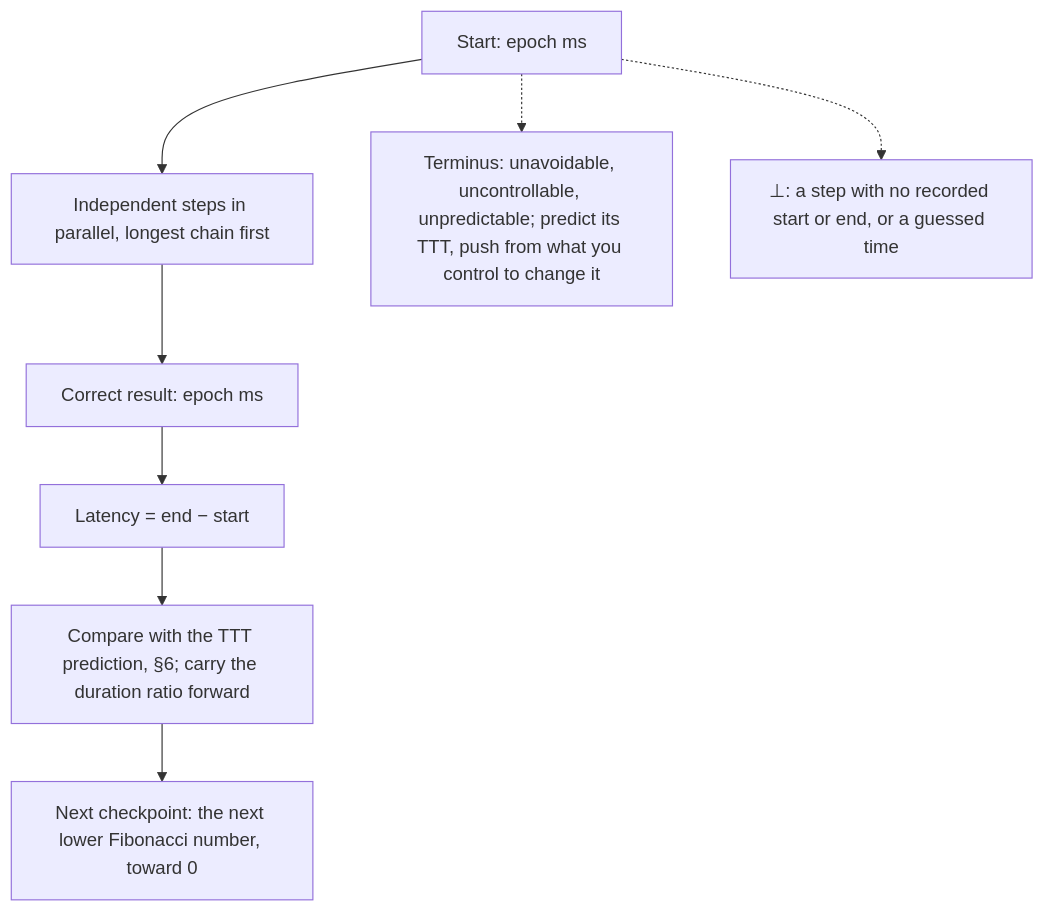
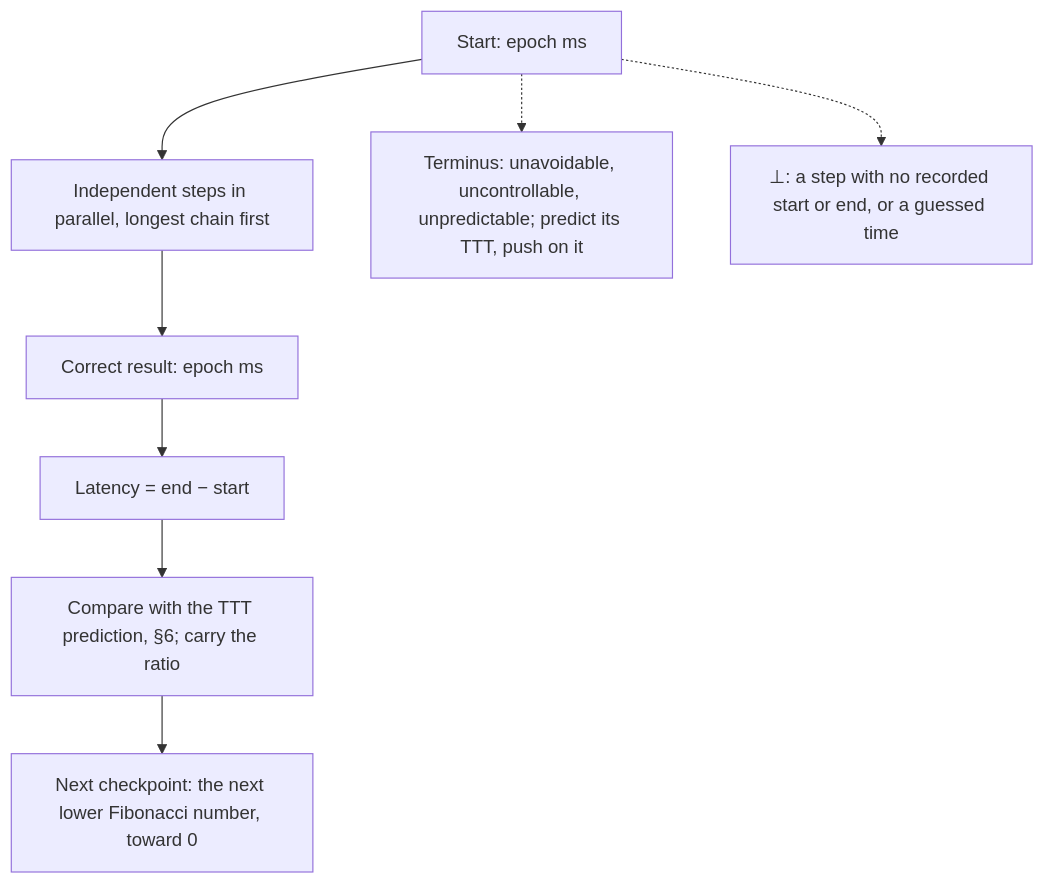
Before and after one commit to SolenixAI/arbiter: the eighth of 14 diagrams in AGENTS.md, drawn with Mermaid. The commit also changed other lines of this file and 1 other file, not shown here.

First line of the commit message:
refactor(agents): every token earns its place: -20.5% per request, all rules and forms kept

````diff
--- a/AGENTS.md
+++ b/AGENTS.md
@@ -394,7 +296,7 @@
 ```mermaid
 flowchart TD
   S["Start: epoch ms"] --> P["Independent steps in parallel, longest chain first"] --> R["Correct result: epoch ms"] --> L["Latency = end − start"]
-  L --> C["Compare with the TTT prediction, §6; carry the duration ratio forward"] --> FB["Next checkpoint: the next lower Fibonacci number, toward 0"]
-  S -.-> TM["Terminus: unavoidable, uncontrollable, unpredictable; predict its TTT, push from what you control to change it"]
+  L --> C["Compare with the TTT prediction, §6; carry the ratio"] --> FB["Next checkpoint: the next lower Fibonacci number, toward 0"]
+  S -.-> TM["Terminus: unavoidable, uncontrollable, unpredictable; predict its TTT, push on it"]
   S -.-> BOT["⊥: a step with no recorded start or end, or a guessed time"]
 ```
````
